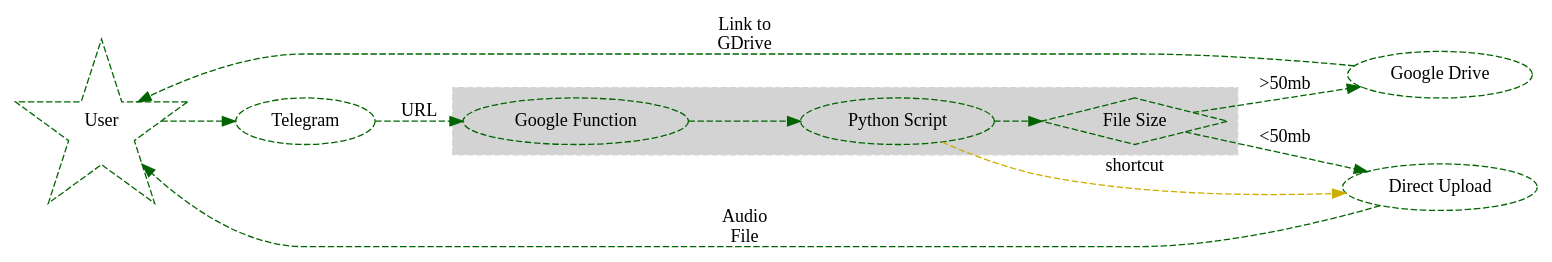
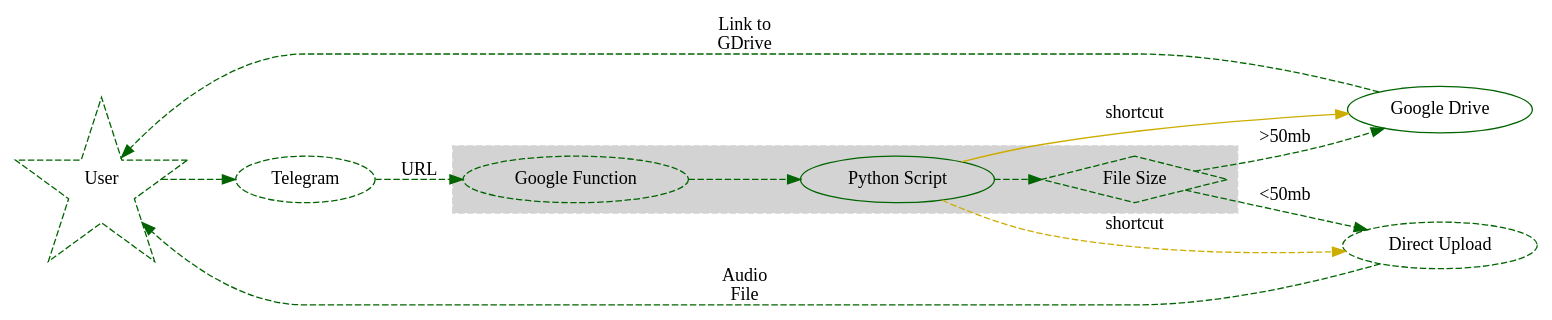
Before and after one commit to artickl/u2ber: the diagram in diagram.dot, drawn with Graphviz. The commit also changed 3 other files, not shown here.

```diff
--- a/diagram.dot
+++ b/diagram.dot
@@ -1,37 +1,38 @@
 digraph G {
     #splines="FALSE";
     rankdir=LR
     #layout=fdp;
 
     /* Entities */
     u1 [label="User",shape="star",color="darkgreen",style="dashed",fillcolor="white"]
     t1 [label="Telegram",color="darkgreen",style="dashed",fillcolor="white"]
     gf [label="Google Function",color="darkgreen",style="dashed",fillcolor="white"]
-    py [label="Python Script",color="darkgreen",style="dashed",fillcolor="white"]
+    py [label="Python Script",color="darkgreen",style="#dashed",fillcolor="white"]
     fsize [label="File Size",shape="diamond",color="darkgreen",style="dashed",fillcolor="white"]
-    gdr [label="Google Drive",color="darkgreen",style="dashed",fillcolor="white"]
+    gdr [label="Google Drive",color="darkgreen",style="#dashed",fillcolor="white"]
     dload [label="Direct Upload",color="darkgreen",style="dashed",fillcolor="white"]
 
     /* Relationships */
     subgraph cluster0 {
         style="filled,dashed";
         color="lightgray";
         node[style="filled,dashed",fillcolor="white"];   
         gf -> py -> fsize [color="darkgreen",style="dashed"];
     }
 
     u1 -> t1 [color="darkgreen",style="dashed"];
     t1 -> gf [label="URL",color="darkgreen",style="dashed"];
     fsize -> gdr [label=">50mb",color="darkgreen",style="dashed"]
     gdr -> u1 [label="Link to\nGDrive",color="darkgreen",style="dashed"]
 
     fsize -> dload [label="<50mb",color="darkgreen",style="dashed"]
     dload -> u1 [label="Audio\nFile",color="darkgreen",style="dashed"]
 
     #TODO: shortcut for now
     py -> dload [label="shortcut",color="gold3",style="dashed"]
+    py -> gdr [label="shortcut",color="gold3",style="#dashed"]
 
     /* Ranks */
     { rank=min; u1 };
 #    { rank=max; gdr dload}
 }
```
